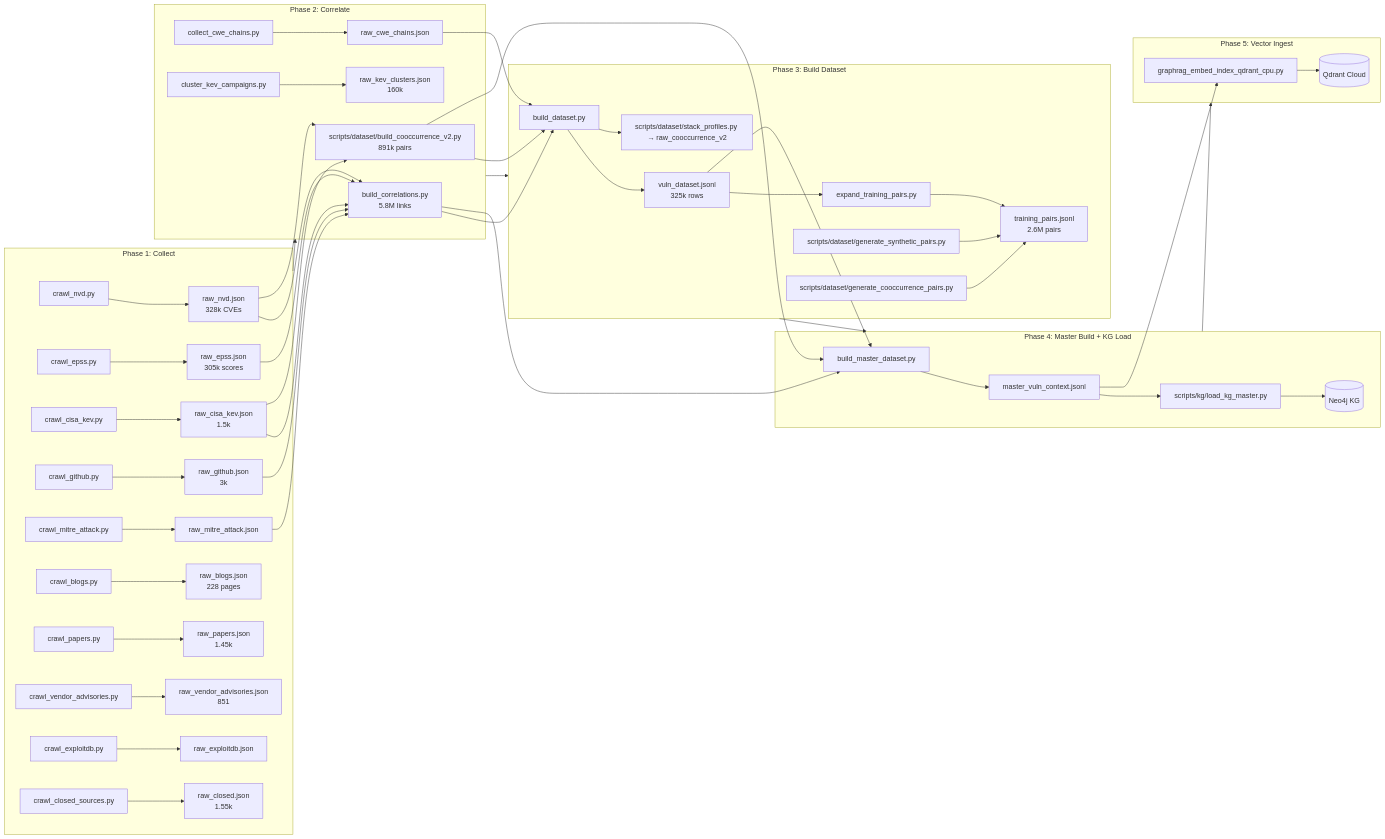
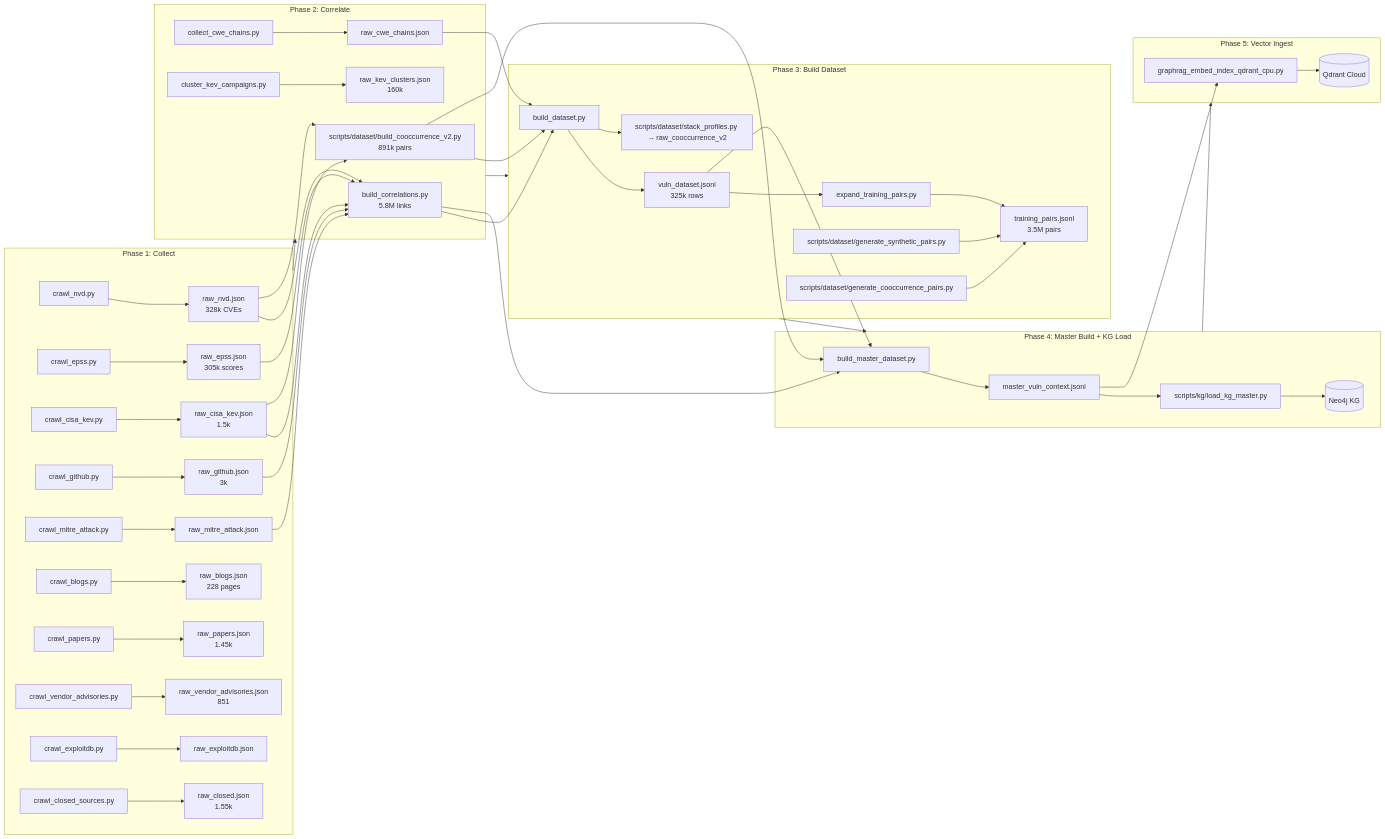
One commit to adityajayashankar/CortexKG-Agent changed the second of 6 diagrams in docs/reports/PROJECT_REPORT.md. Above: the diagram before and after it, drawn with Mermaid. The commit also changed other lines of this file and 4 other files, not shown here.

````diff
--- a/docs/reports/PROJECT_REPORT.md
+++ b/docs/reports/PROJECT_REPORT.md
@@ -208,48 +208,48 @@
 ```mermaid
 flowchart LR
     subgraph Phase1["Phase 1: Collect"]
         C1[crawl_nvd.py] --> R1[raw_nvd.json\n328k CVEs]
         C2[crawl_epss.py] --> R2[raw_epss.json\n305k scores]
         C3[crawl_cisa_kev.py] --> R3[raw_cisa_kev.json\n1.5k]
         C4[crawl_github.py] --> R4[raw_github.json\n3k]
         C5[crawl_mitre_attack.py] --> R5[raw_mitre_attack.json]
         C6[crawl_blogs.py] --> R6[raw_blogs.json\n228 pages]
         C7[crawl_papers.py] --> R7[raw_papers.json\n1.45k]
         C8[crawl_vendor_advisories.py] --> R8[raw_vendor_advisories.json\n851]
         C9[crawl_exploitdb.py] --> R9[raw_exploitdb.json]
         C10[crawl_closed_sources.py] --> R10[raw_closed.json\n1.55k]
     end
 
     subgraph Phase2["Phase 2: Correlate"]
         R1 & R2 & R3 & R4 & R5 --> CORR2[build_correlations.py\n5.8M links]
         R1 & R3 --> COOC2[scripts/dataset/build_cooccurrence_v2.py\n891k pairs]
         COLLECT_CWE[collect_cwe_chains.py] --> CHAINS[raw_cwe_chains.json]
         CLUSTER[cluster_kev_campaigns.py] --> KEVCLUST[raw_kev_clusters.json\n160k]
     end
 
     subgraph Phase3["Phase 3: Build Dataset"]
         CORR2 --> BUILD[build_dataset.py]
         COOC2 --> BUILD
         CHAINS --> BUILD
         BUILD --> VULN[vuln_dataset.jsonl\n325k rows]
         BUILD --> STACK[scripts/dataset/stack_profiles.py → raw_cooccurrence_v2]
         VULN --> EXPAND[expand_training_pairs.py]
-        EXPAND --> TP[training_pairs.jsonl\n2.6M pairs]
+        EXPAND --> TP[training_pairs.jsonl\n3.5M pairs]
         SYNTH[scripts/dataset/generate_synthetic_pairs.py] --> TP
         COOC_PAIRS[scripts/dataset/generate_cooccurrence_pairs.py] --> TP
     end
 
     subgraph Phase4["Phase 4: Master Build + KG Load"]
         VULN & CORR2 & COOC2 --> MASTER2[build_master_dataset.py]
         MASTER2 --> MASTERF[master_vuln_context.jsonl]
         MASTERF --> KGLOAD[scripts/kg/load_kg_master.py]
         KGLOAD --> NEO4J2[(Neo4j KG)]
     end
 
     subgraph Phase5["Phase 5: Vector Ingest"]
         MASTERF --> EMBED2[graphrag_embed_index_qdrant_cpu.py]
         EMBED2 --> QDRANT2[(Qdrant Cloud)]
     end
 
     Phase1 --> Phase2 --> Phase3 --> Phase4 --> Phase5
 ```
````
